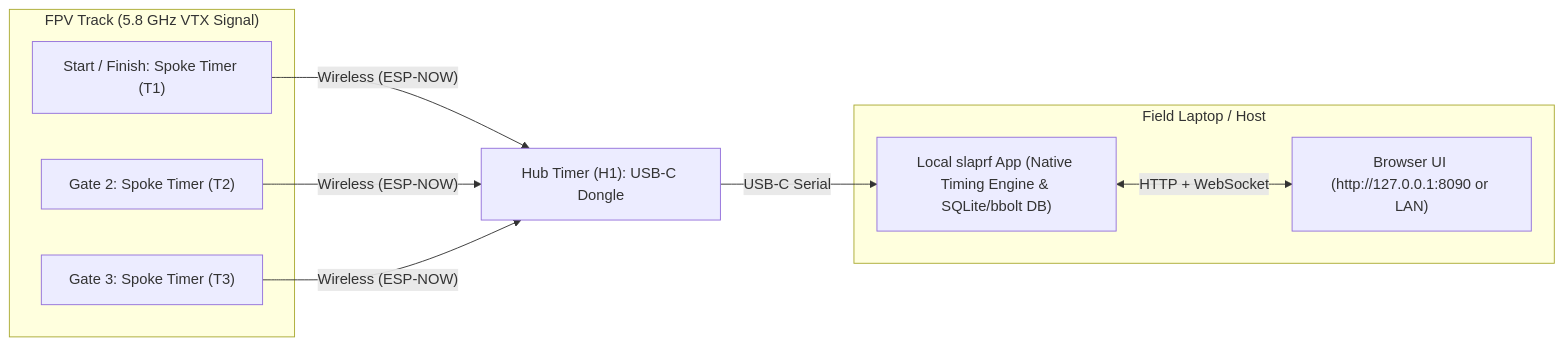
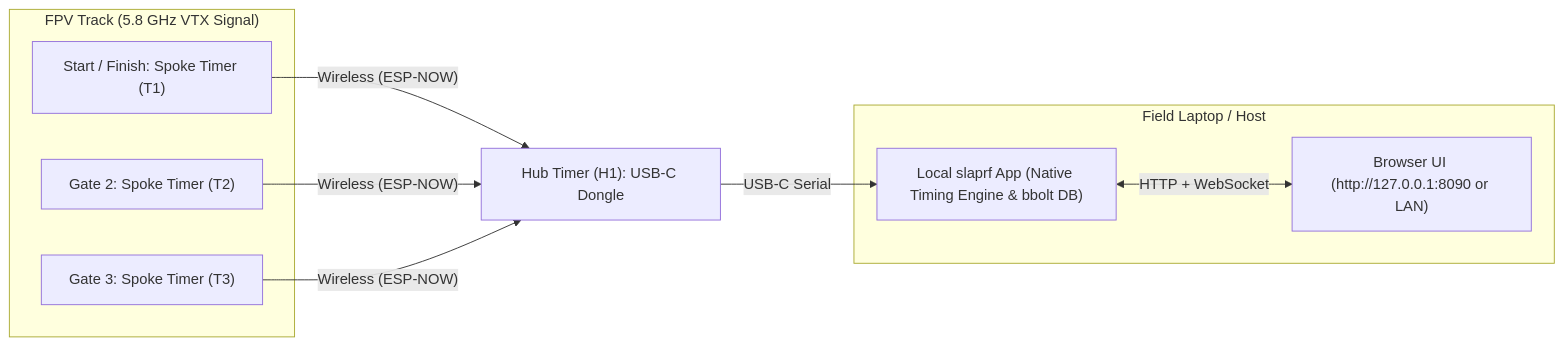
Before and after one commit to kaack/SlapRF: the first of 2 diagrams in README.md, drawn with Mermaid. The commit also changed other lines of this file and 2 other files, not shown here.

Commit message:
Rewrite README, ARCHITECTURE, and DEVELOPER docs in Simplified Technical English

````diff
--- a/README.md
+++ b/README.md
@@ -43,21 +43,21 @@
 ```mermaid
 flowchart LR
     subgraph Track["FPV Track (5.8 GHz VTX Signal)"]
         T1["Start / Finish: Spoke Timer (T1)"]
         T2["Gate 2: Spoke Timer (T2)"]
         T3["Gate 3: Spoke Timer (T3)"]
     end
 
     H1["Hub Timer (H1): USB-C Dongle"]
 
     subgraph Laptop["Field Laptop / Host"]
-        Server["Local slaprf App (Native Timing Engine & SQLite/bbolt DB)"]
+        Server["Local slaprf App (Native Timing Engine & bbolt DB)"]
         Browser["Browser UI (http://127.0.0.1:8090 or LAN)"]
     end
 
     T1 -- "Wireless (ESP-NOW)" --> H1
     T2 -- "Wireless (ESP-NOW)" --> H1
     T3 -- "Wireless (ESP-NOW)" --> H1
     H1 -- "USB-C Serial" --> Server
     Server <-->|"HTTP + WebSocket"| Browser
 ```
````
